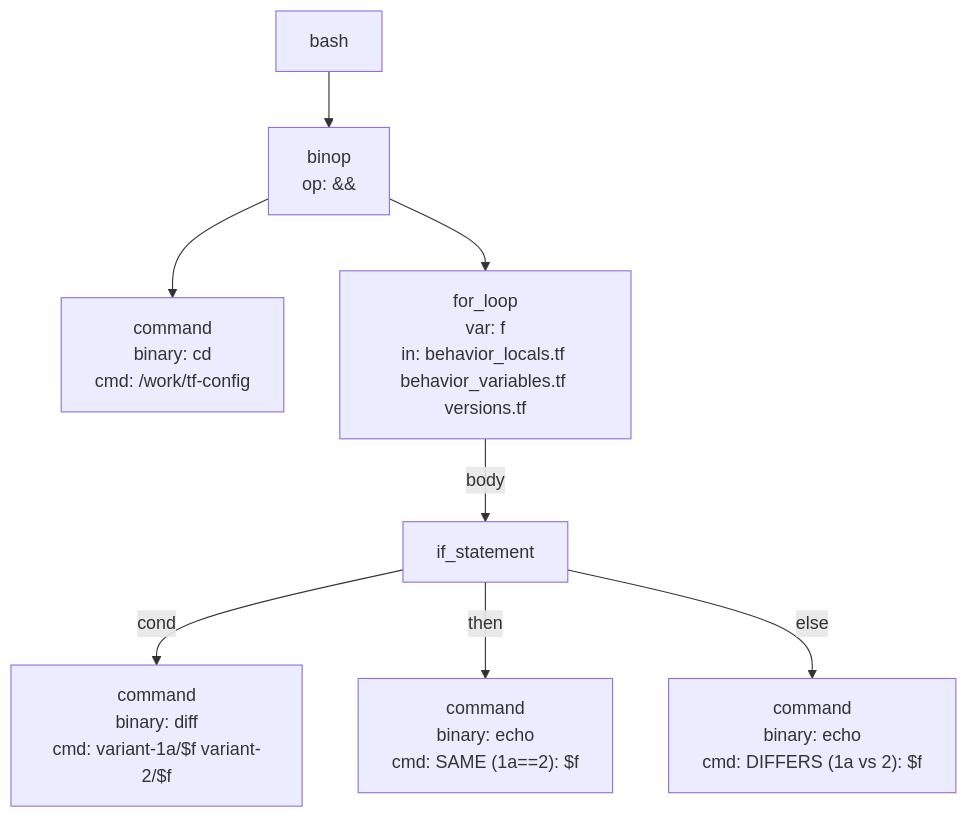
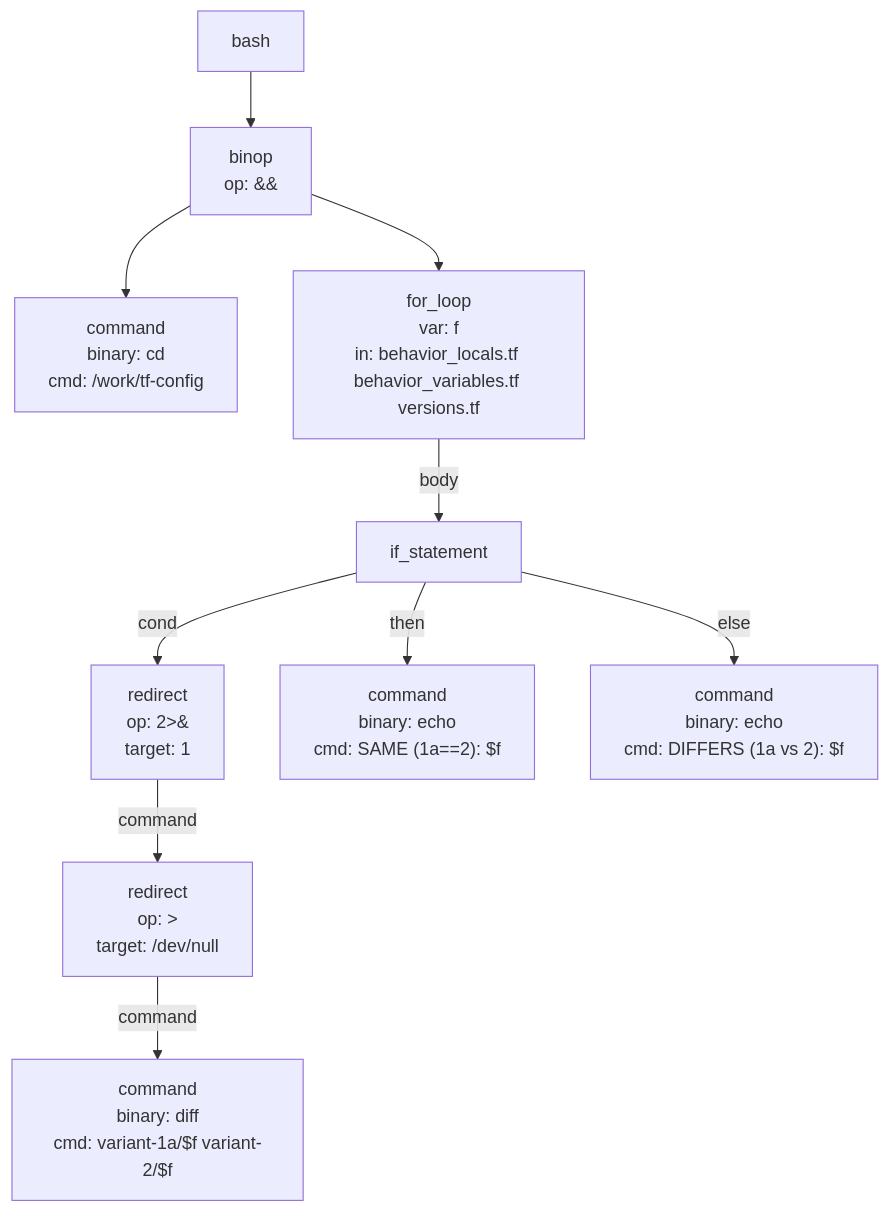
One commit to ashleydavis/expressive-permissions changed the diagram in examples/ast/bash-if-in-for-loop/index.md. Above: the diagram before and after it, drawn with Mermaid. The commit also changed 131 other files, not shown here.

````diff
--- a/examples/ast/bash-if-in-for-loop/index.md
+++ b/examples/ast/bash-if-in-for-loop/index.md
@@ -11,18 +11,22 @@
 ```mermaid
 graph TD
   n0["bash"]
   n1["binop<br/>op: &amp;&amp;"]
   n2["command<br/>binary: cd<br/>cmd: /work/tf-config"]
   n1 --> n2
   n3["for_loop<br/>var: f<br/>in: behavior_locals.tf behavior_variables.tf versions.tf"]
   n4["if_statement"]
-  n5["command<br/>binary: diff<br/>cmd: variant-1a/$f variant-2/$f"]
+  n5["redirect<br/>op: 2&gt;&amp;<br/>target: 1"]
+  n6["redirect<br/>op: &gt;<br/>target: /dev/null"]
+  n7["command<br/>binary: diff<br/>cmd: variant-1a/$f variant-2/$f"]
+  n6 -->|command| n7
+  n5 -->|command| n6
   n4 -->|cond| n5
-  n6["command<br/>binary: echo<br/>cmd: SAME (1a==2): $f"]
-  n4 -->|then| n6
-  n7["command<br/>binary: echo<br/>cmd: DIFFERS (1a vs 2): $f"]
-  n4 -->|else| n7
+  n8["command<br/>binary: echo<br/>cmd: SAME (1a==2): $f"]
+  n4 -->|then| n8
+  n9["command<br/>binary: echo<br/>cmd: DIFFERS (1a vs 2): $f"]
+  n4 -->|else| n9
   n3 -->|body| n4
   n1 --> n3
   n0 --> n1
 ```
````
